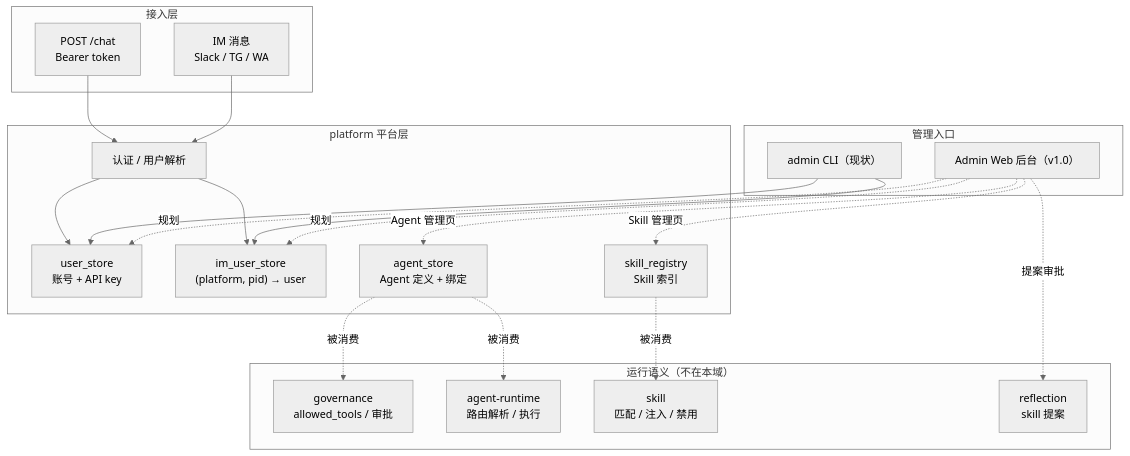
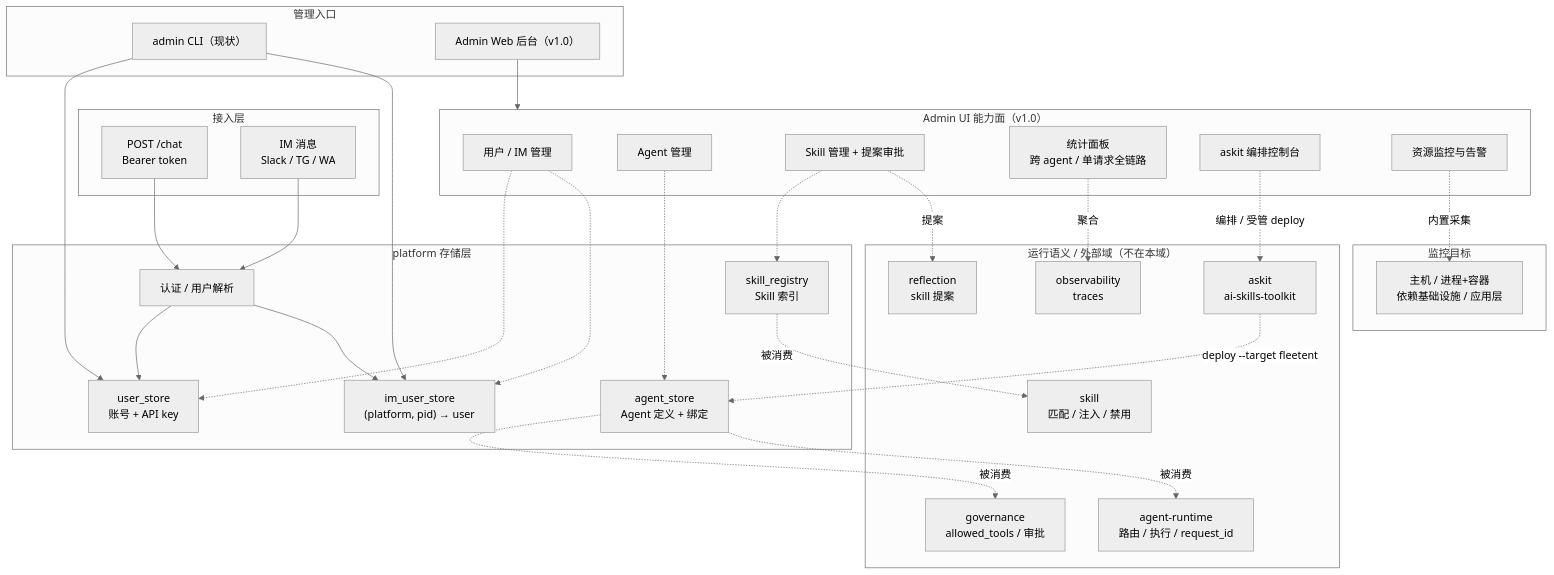
One commit to Summy2104/fleetent changed the first of 14 diagrams in docs/capabilities/platform.md. Above: the diagram before and after it, drawn with Mermaid (neutral theme). The commit also changed other lines of this file, not shown here.

Commit message:
feat:platform add agent/obserbility/monitor/askit/skill management; reserve cluster management

````diff
--- a/docs/capabilities/platform.md
+++ b/docs/capabilities/platform.md
@@ -19,38 +19,56 @@
 ```mermaid
 flowchart TD
     subgraph 接入["接入层"]
         HTTP["POST /chat<br/>Bearer token"]
         IM["IM 消息<br/>Slack / TG / WA"]
     end
-    subgraph PLAT["platform 平台层"]
+    subgraph PLAT["platform 存储层"]
         AUTH["认证 / 用户解析"]
         US["user_store<br/>账号 + API key"]
         IUS["im_user_store<br/>(platform, pid) → user"]
         AS["agent_store<br/>Agent 定义 + 绑定"]
         SK["skill_registry<br/>Skill 索引"]
     end
     subgraph MGMT["管理入口"]
         CLI["admin CLI（现状）"]
         UI["Admin Web 后台（v1.0）"]
     end
-    subgraph RT["运行语义（不在本域）"]
+    subgraph ADMIN["Admin UI 能力面（v1.0）"]
+        F1["用户 / IM 管理"]
+        F2["Agent 管理"]
+        F3["Skill 管理 + 提案审批"]
+        F4["统计面板<br/>跨 agent / 单请求全链路"]
+        F5["askit 编排控制台"]
+        F6["资源监控与告警"]
+    end
+    subgraph RT["运行语义 / 外部域（不在本域）"]
         GOV["governance<br/>allowed_tools / 审批"]
-        ART["agent-runtime<br/>路由解析 / 执行"]
+        ART["agent-runtime<br/>路由 / 执行 / request_id"]
         SKR["skill<br/>匹配 / 注入 / 禁用"]
         REF["reflection<br/>skill 提案"]
+        OBS["observability<br/>traces"]
+        ASKIT["askit<br/>ai-skills-toolkit"]
+    end
+    subgraph MONT["监控目标"]
+        T["主机 / 进程+容器<br/>依赖基础设施 / 应用层"]
     end
     HTTP --> AUTH
     IM --> AUTH
     AUTH --> US
     AUTH --> IUS
     CLI --> US
     CLI --> IUS
-    UI -.规划.-> US
-    UI -.规划.-> IUS
-    UI -.Agent 管理页.-> AS
-    UI -.Skill 管理页.-> SK
-    UI -.提案审批.-> REF
+    UI --> ADMIN
+    F1 -.-> US
+    F1 -.-> IUS
+    F2 -.-> AS
+    F3 -.-> SK
+    F3 -.提案.-> REF
+    F4 -.聚合.-> OBS
+    F5 -.编排 / 受管 deploy.-> ASKIT
+    F6 -.内置采集.-> T
     AS -.被消费.-> GOV
     AS -.被消费.-> ART
     SK -.被消费.-> SKR
+    ASKIT -.deploy --target fleetent.-> AS
 ```
````
